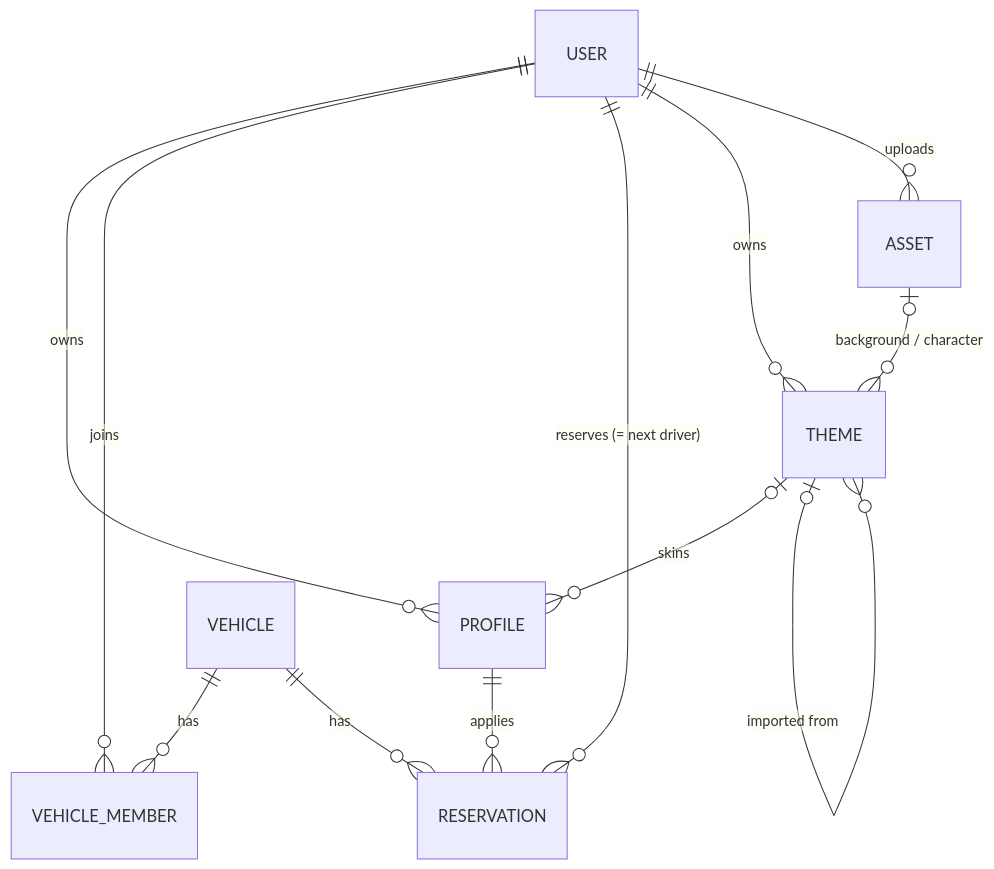
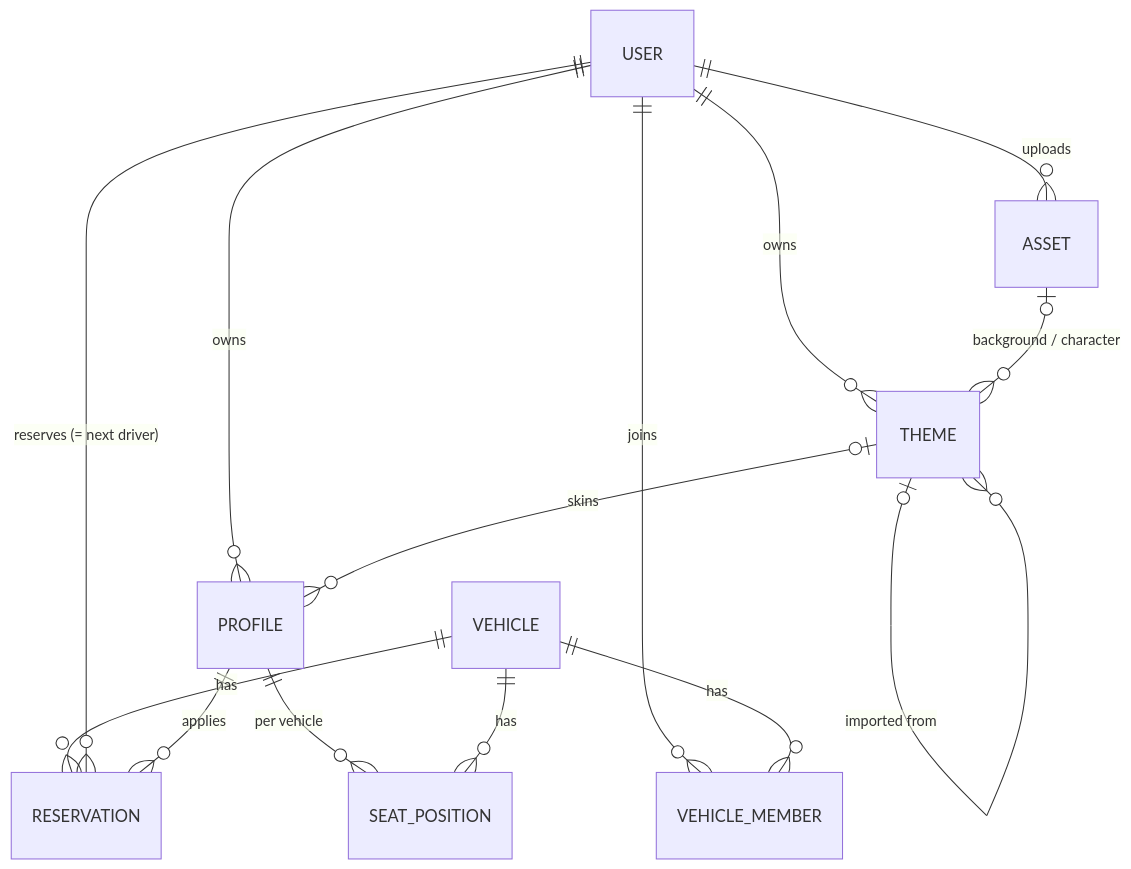
One commit to HyunPer/BE changed the second of 5 diagrams in docs/DESIGN.md. Above: the diagram before and after it, drawn with Mermaid. The commit also changed other lines of this file and 11 other files, not shown here.

````diff
--- a/docs/DESIGN.md
+++ b/docs/DESIGN.md
@@ -26,14 +26,16 @@
 ```mermaid
 erDiagram
   USER ||--o{ PROFILE : owns
   USER ||--o{ VEHICLE_MEMBER : joins
   VEHICLE ||--o{ VEHICLE_MEMBER : has
   VEHICLE ||--o{ RESERVATION : has
   USER ||--o{ RESERVATION : "reserves (= next driver)"
   PROFILE ||--o{ RESERVATION : applies
   USER ||--o{ THEME : owns
   THEME |o--o{ PROFILE : "skins"
   THEME |o--o{ THEME : "imported from"
   USER ||--o{ ASSET : uploads
   ASSET |o--o{ THEME : "background / character"
+  PROFILE ||--o{ SEAT_POSITION : "per vehicle"
+  VEHICLE ||--o{ SEAT_POSITION : has
 ```
````
